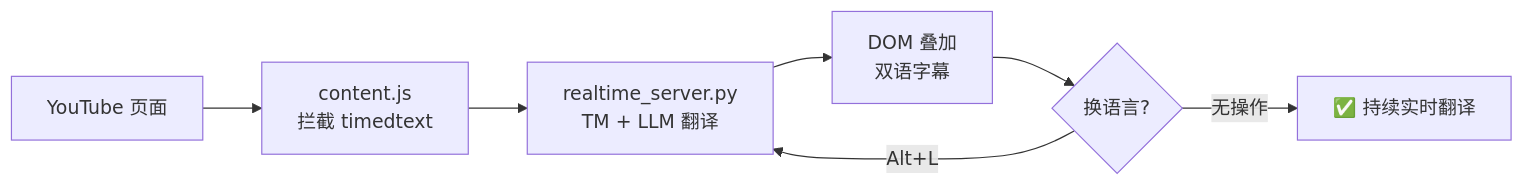
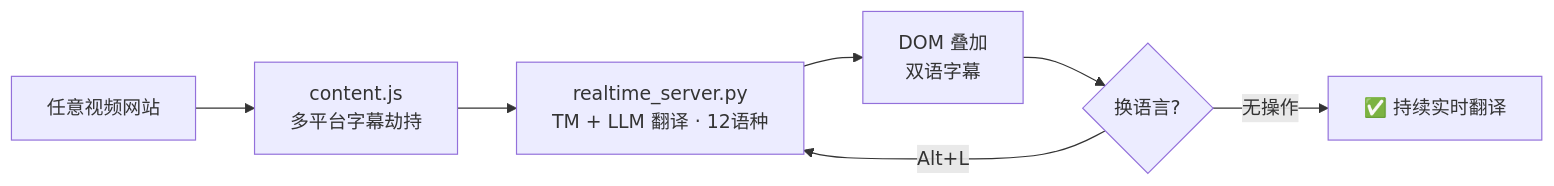
The first of 2 diagrams in README.md (hanshaoyuyehanshaoyuye/everyones-video), drawn with Mermaid before and after one commit. The commit also changed other lines of this file and 1 other file, not shown here.

Commit message:
docs: sync README + SECURITY for v6.2 (version numbers, ghcr.io, realtime API)

````diff
--- a/README.md
+++ b/README.md
@@ -147,9 +147,9 @@
 ```mermaid
 flowchart LR
-    A[YouTube 页面] --> B[content.js<br/>拦截 timedtext]
-    B --> C[realtime_server.py<br/>TM + LLM 翻译]
+    A[任意视频网站] --> B[content.js<br/>多平台字幕劫持]
+    B --> C[realtime_server.py<br/>TM + LLM 翻译 · 12语种]
     C --> D[DOM 叠加<br/>双语字幕]
     D --> E{换语言?}
     E -->|Alt+L| C
     E -->|无操作| F[✅ 持续实时翻译]
 ```
````
